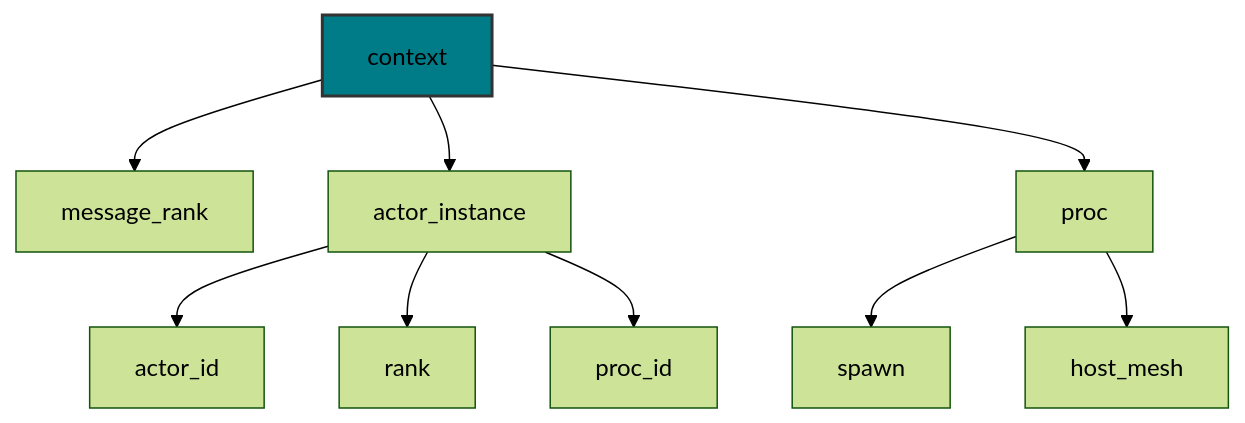
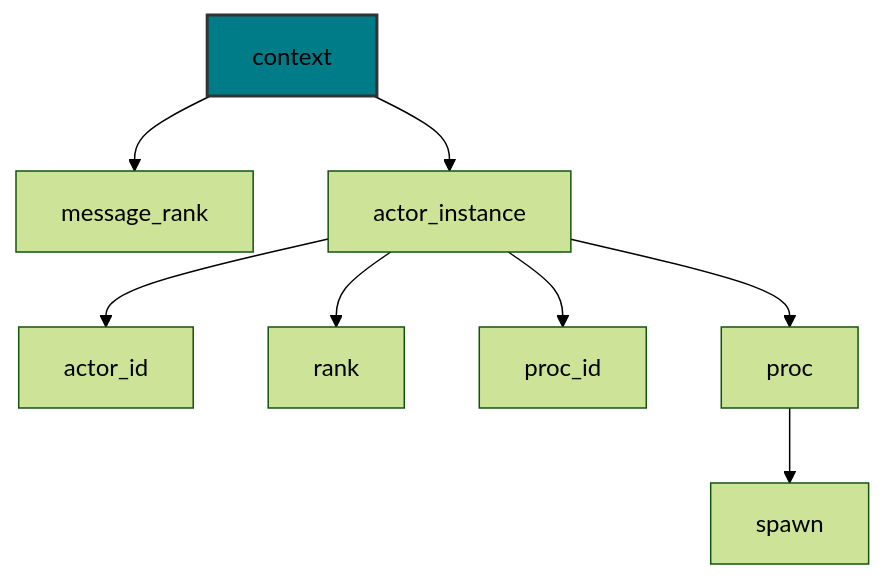
Before and after one commit to shayne-fletcher/monarch-1: the eighth of 11 diagrams in docs/source/actors.md, drawn with Mermaid (forest theme). The commit also changed other lines of this file and 24 other files, not shown here.

````diff
--- a/docs/source/actors.md
+++ b/docs/source/actors.md
@@ -491,15 +492,14 @@
 ```mermaid
 graph TD
     A[context] --> B[message_rank]
     A --> C[actor_instance]
-    A --> D[proc]
 
     C --> C1[actor_id]
     C --> C2[rank]
     C --> C3[proc_id]
+    C --> D[proc]
 
     D --> D1[spawn]
-    D --> D2[host_mesh]
 
     style A fill:#007c88,stroke:#333,stroke-width:2px
 ```
````
